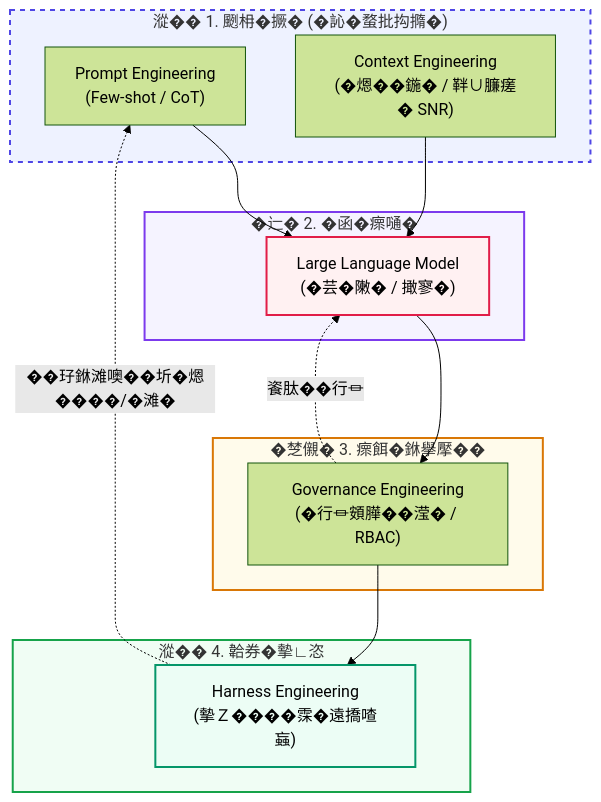
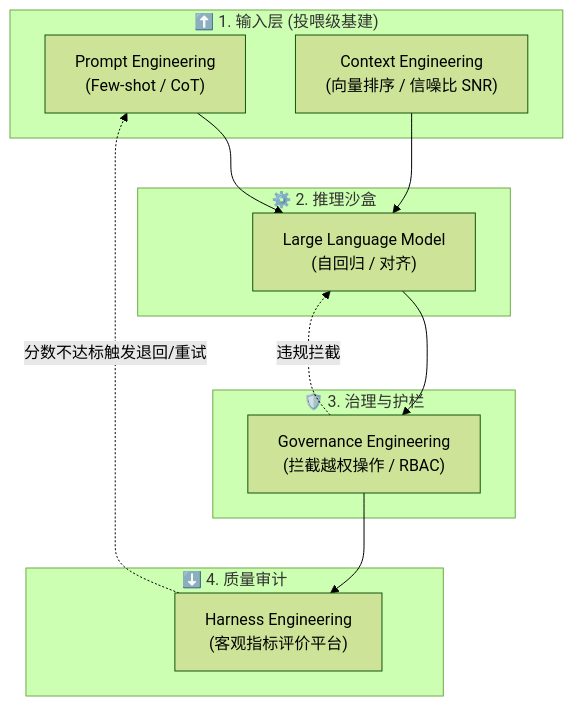
Before and after one commit to wangchong2023/lang-chain-graph: the fifth of 13 diagrams in doc/AI_Knowledge_Roadmap.md, drawn with Mermaid (forest theme). The commit also changed other lines of this file, not shown here.

Commit message:
docs: update AI knowledge roadmap with new learning resources and milestones

````diff
--- a/doc/AI_Knowledge_Roadmap.md
+++ b/doc/AI_Knowledge_Roadmap.md
@@ -451,34 +276,26 @@
-   ```mermaid
-   graph TD
-       subgraph InputLayer ["漎�� 1. 颲枏�撅� (�訫�蝥批抅撱�)"]
-           PE["Prompt Engineering<br>(Few-shot / CoT)"]
-           CE["Context Engineering<br>(�煾��鍦� / 靽∪臁瘥� SNR)"]
-       end
-       
-       subgraph ReasoningCore ["�辷� 2. �函�瘝嗵�"]
-           LLM["Large Language Model<br>(�芸�敶� / 撖寥�)"]
-       end
+```mermaid
+graph TD
+    subgraph InputLayer ["⬆️ 1. 输入层 (投喂级基建)"]
+        PE["Prompt Engineering<br>(Few-shot / CoT)"]
+        CE["Context Engineering<br>(向量排序 / 信噪比 SNR)"]
+    end
+    
+    subgraph ReasoningCore ["⚙️ 2. 推理沙盒"]
+        LLM["Large Language Model<br>(自回归 / 对齐)"]
+    end
 
-       subgraph SecurityGate ["�椘儭� 3. 瘝餌�銝擧擪��"]
-           GE["Governance Engineering<br>(�行⏛頞𦠜��滢� / RBAC)"]
-       end
-       
-       subgraph EvalAudit ["漎�� 4. 韐券�摰∟恣"]
-           HE["Harness Engineering<br>(摰Ｚ����霂�遠撟喳蝱)"]
-       end
+    subgraph SecurityGate ["🛡️ 3. 治理与护栏"]
+        GE["Governance Engineering<br>(拦截越权操作 / RBAC)"]
+    end
+    
+    subgraph EvalAudit ["⬇️ 4. 质量审计"]
+        HE["Harness Engineering<br>(客观指标评价平台)"]
+    end
 
-       PE --> LLM
-       CE --> LLM
-       LLM --> GE
-       GE -. "餈肽��行⏛" .-> LLM
-       GE --> HE
-       HE -. "��㺭銝滩噢��圻�煾����/�滩�" .-> PE
-
-    %% �瑕�蝢𤾸�
-    style InputLayer fill:#eef2ff,stroke:#4f46e5,stroke-width:2px,stroke-dasharray: 5 5
-    style ReasoningCore fill:#f5f3ff,stroke:#7c3aed,stroke-width:2px
-    style SecurityGate fill:#fffbeb,stroke:#d97706,stroke-width:2px
-    style EvalAudit fill:#f0fdf4,stroke:#16a34a,stroke-width:2px
-    style LLM fill:#fff1f2,stroke:#e11d48,stroke-width:2px
-    style HE fill:#ecfdf5,stroke:#059669,stroke-width:2px
-   ```
+    PE --> LLM
+    CE --> LLM
+    LLM --> GE
+    GE -. "违规拦截" .-> LLM
+    GE --> HE
+    HE -. "分数不达标触发退回/重试" .-> PE
+```
````
